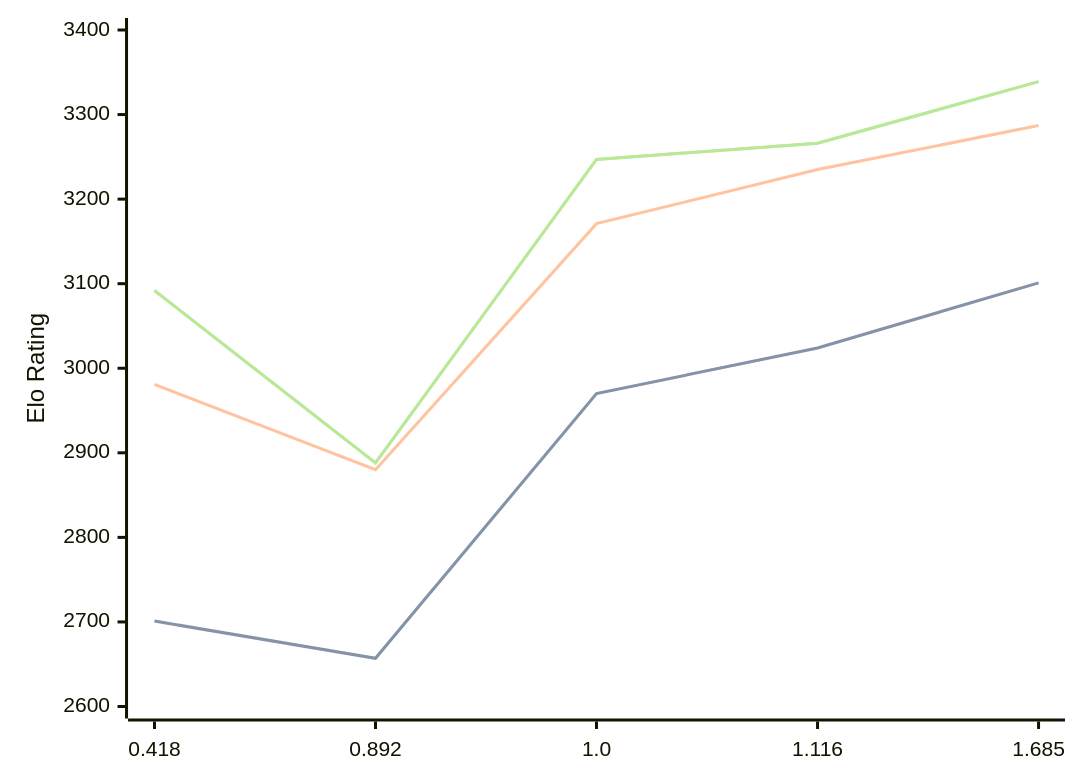
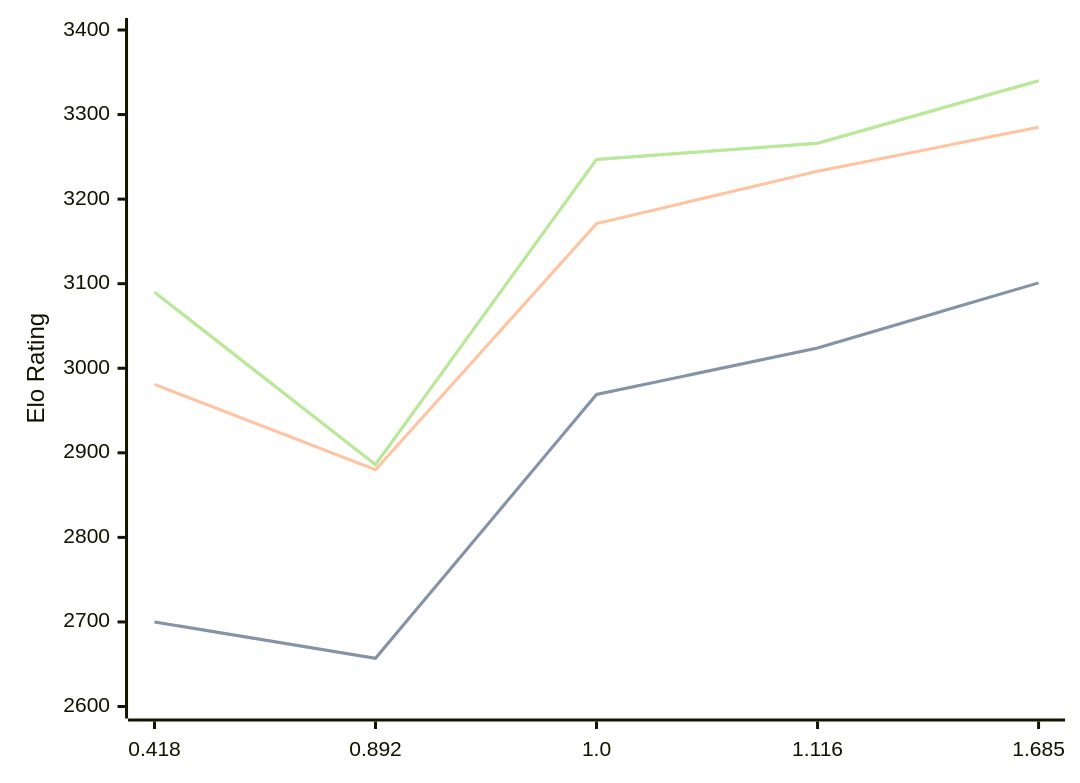
Before and after one commit to computer-chess-index/cci: the diagram in engines/Malika.md, drawn with Mermaid. The commit also changed other lines of this file, not shown here.

Commit message:
Update CCI Ratings (ELO VLTC) - 2026-07-28

````diff
--- a/engines/Malika.md
+++ b/engines/Malika.md
@@ -35,11 +35,11 @@
 ```mermaid
 %%{init: {"theme":"base","themeVariables":{"seriesColors:['#a3a3a3','#222221','#faa371']}}}%%
 xychart-beta
   x-axis ["0.418", "0.892", "1.0", "1.116", "1.685"]
   y-axis "Elo Rating" 2600 --> 3400
-  line "STC (8.0+0.08s)" [2701, 2657, 2970, 3024, 3101]
-  line "STC (8.0+0.08s)" [2701, 2657, 2970, 3024, 3101]
-  line "LTC (60.0+0.60s)" [2981, 2880, 3171, 3235, 3287]
-  line "VLTC (2m24s+1.12s)" [3092, 2888, 3247, 3266, 3339]
-  line "VLTC (2m24s+1.12s)" [3092, 2888, 3247, 3266, 3339]
+  line "STC (8.0+0.08s)" [2700, 2657, 2969, 3024, 3101]
+  line "STC (8.0+0.08s)" [2700, 2657, 2969, 3024, 3101]
+  line "LTC (60.0+0.60s)" [2981, 2880, 3171, 3233, 3285]
+  line "VLTC (2m24s+1.12s)" [3090, 2886, 3247, 3266, 3340]
+  line "VLTC (2m24s+1.12s)" [3090, 2886, 3247, 3266, 3340]
 ```
````
